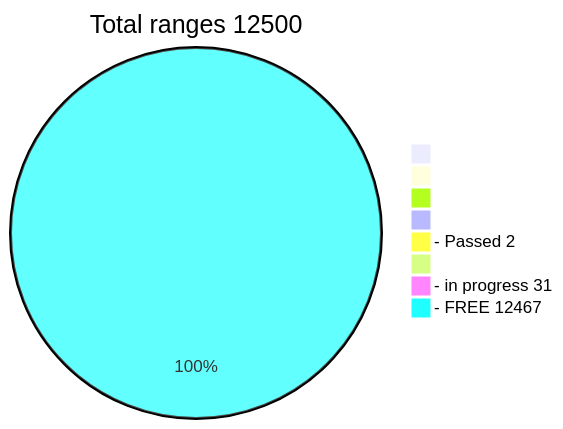
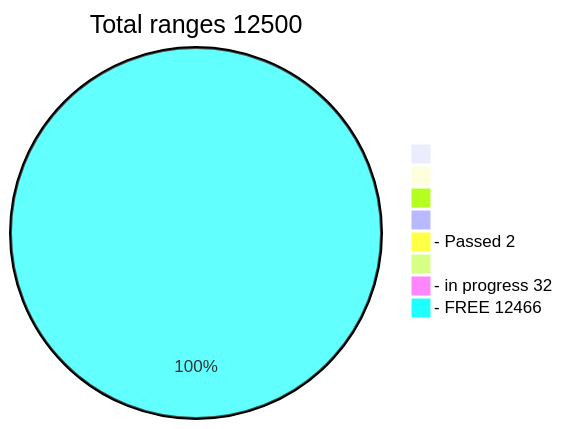
The diagram in README.md (phrutis/Passphrases), drawn with Mermaid before and after one commit.

````diff
--- a/README.md
+++ b/README.md
@@ -3,12 +3,12 @@
 ```mermaid
 pie title Total ranges 12500
              " " : 0
             "  " : 0
            "   " : 0
           "    " : 0
   "- Passed 2" : 2
          "     " : 0
-  "- in progress 31" : 31
-   "- FREE 12467" : 12467
+  "- in progress 32" : 32
+   "- FREE 12466" : 12466
    
 ```
````
